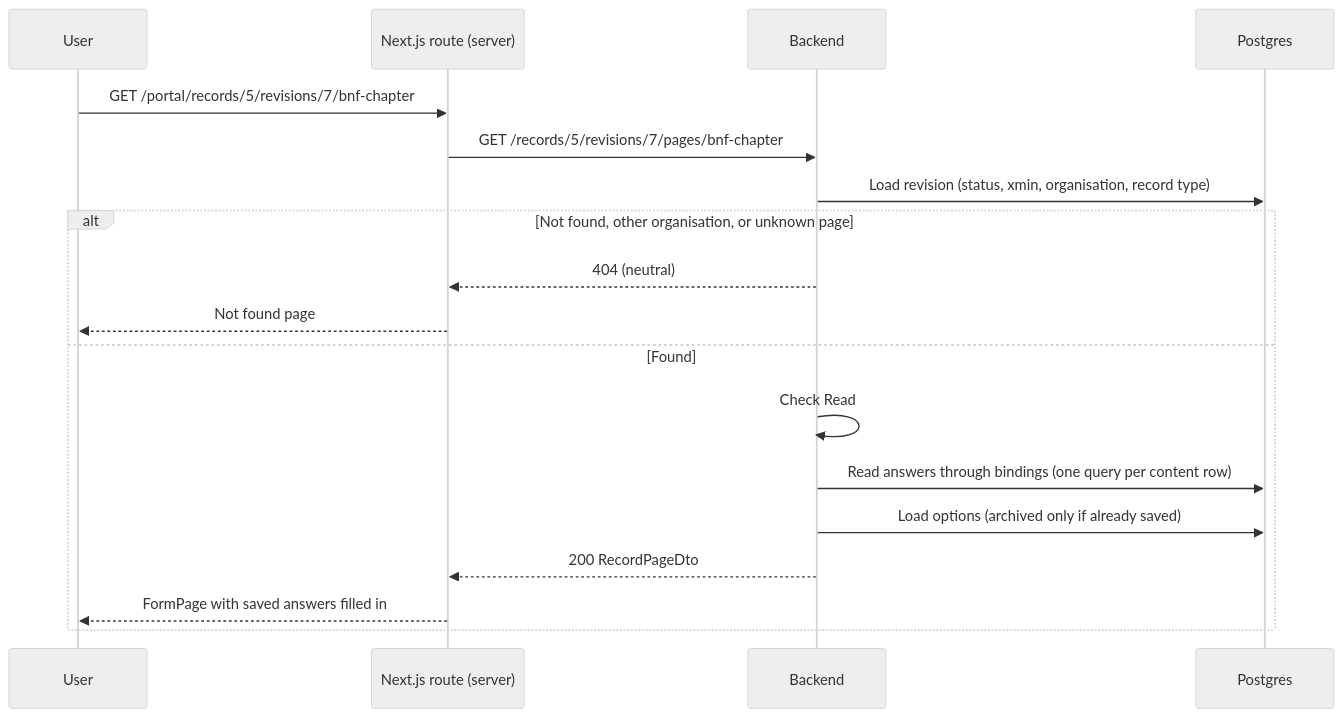
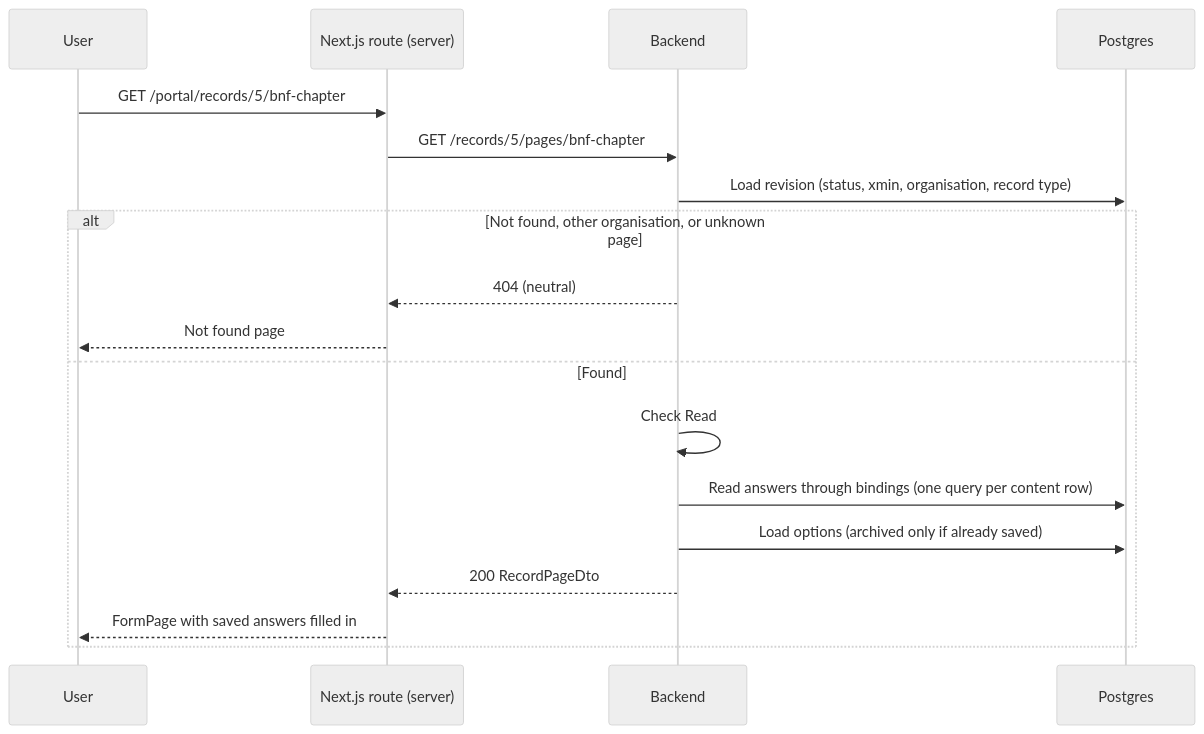
One commit to ditnice/aws-UKPS changed the fifth of 6 diagrams in documentation/form-generation/high-level-design.md. Above: the diagram before and after it, drawn with Mermaid (neutral theme). The commit also changed other lines of this file and 33 other files, not shown here.

````diff
--- a/documentation/form-generation/high-level-design.md
+++ b/documentation/form-generation/high-level-design.md
@@ -451,20 +451,20 @@
 ```mermaid
 sequenceDiagram
     participant U as User
     participant R as Next.js route (server)
     participant B as Backend
     participant P as Postgres
-    U->>R: GET /portal/records/5/revisions/7/bnf-chapter
-    R->>B: GET /records/5/revisions/7/pages/bnf-chapter
+    U->>R: GET /portal/records/5/bnf-chapter
+    R->>B: GET /records/5/pages/bnf-chapter
     B->>P: Load revision (status, xmin, organisation, record type)
     alt Not found, other organisation, or unknown page
         B-->>R: 404 (neutral)
         R-->>U: Not found page
     else Found
         B->>B: Check Read
         B->>P: Read answers through bindings (one query per content row)
         B->>P: Load options (archived only if already saved)
         B-->>R: 200 RecordPageDto
         R-->>U: FormPage with saved answers filled in
     end
 ```
````
